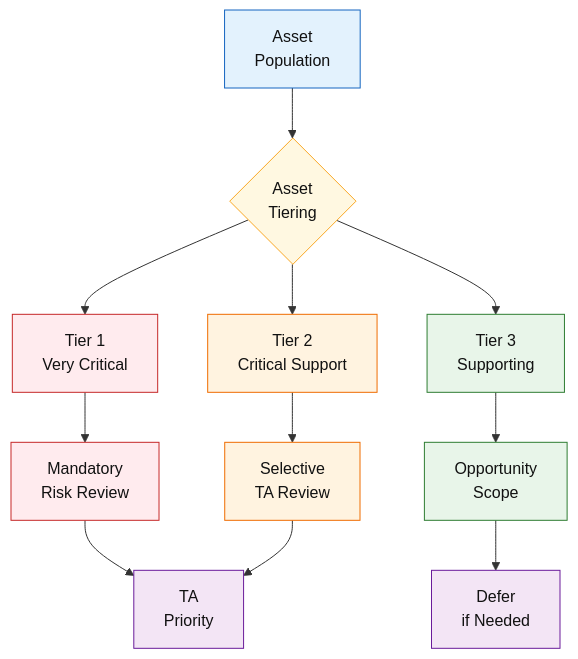
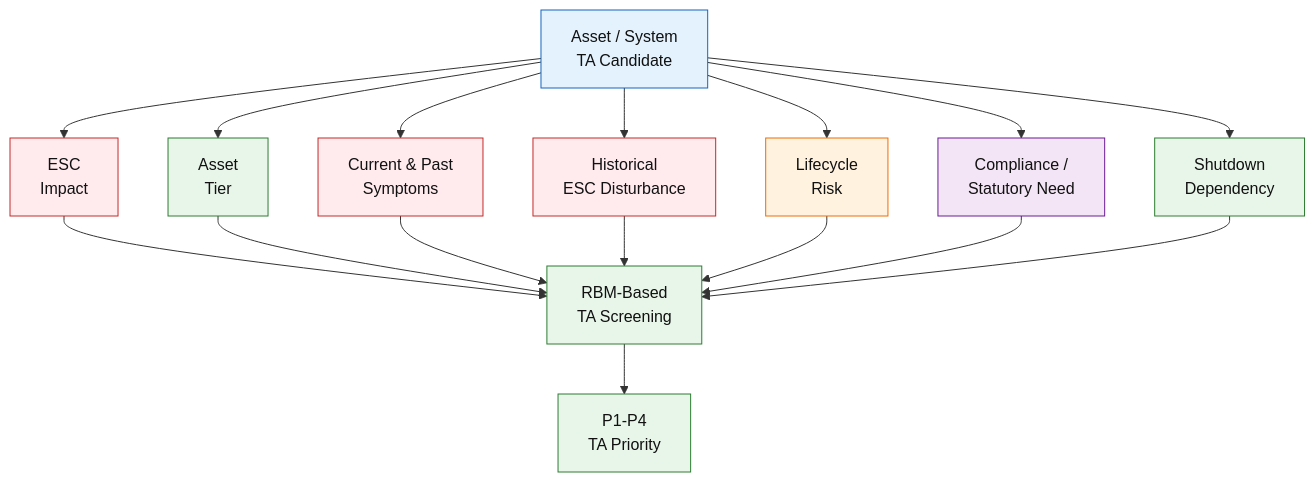
One commit to slametsampon/mx-core changed the third of 4 diagrams in plugins/mx-core-docs/src/content/blog/management/MSH/MSH-panduan-scope-ta.mdx. Above: the diagram before and after it, drawn with Mermaid. The commit also changed other lines of this file and 2 other files, not shown here.

Commit message:
mx-core-docs: update MSH-panduan-scope-ta

````diff
--- a/plugins/mx-core-docs/src/content/blog/management/MSH/MSH-panduan-scope-ta.mdx
+++ b/plugins/mx-core-docs/src/content/blog/management/MSH/MSH-panduan-scope-ta.mdx
@@ -185,30 +187,32 @@
-```mermaid id="asset-tier-ta-mobile"
+```mermaid
 flowchart TD
-    A["Asset<br/>Population"] --> B{"Asset<br/>Tiering"}
+    A["Asset / System<br/>TA Candidate"] --> B["ESC<br/>Impact"]
+    A --> C["Asset<br/>Tier"]
+    A --> D["Current & Past<br/>Symptoms"]
+    A --> E["Historical<br/>ESC Disturbance"]
+    A --> F["Lifecycle<br/>Risk"]
+    A --> G["Compliance /<br/>Statutory Need"]
+    A --> H["Shutdown<br/>Dependency"]
 
-    B --> C["Tier 1<br/>Very Critical"]
-    B --> D["Tier 2<br/>Critical Support"]
-    B --> E["Tier 3<br/>Supporting"]
+    B --> I["RBM-Based<br/>TA Screening"]
+    C --> I
+    D --> I
+    E --> I
+    F --> I
+    G --> I
+    H --> I
 
-    C --> F["Mandatory<br/>Risk Review"]
-    D --> G["Selective<br/>TA Review"]
-    E --> H["Opportunity<br/>Scope"]
-
-    F --> I["TA<br/>Priority"]
-    G --> I
-    H --> J["Defer<br/>if Needed"]
+    I --> J["P1-P4<br/>TA Priority"]
 
     classDef asset fill:#E3F2FD,stroke:#1565C0,color:#111;
-    classDef decision fill:#FFF8E1,stroke:#F9A825,color:#111;
-    classDef tier1 fill:#FFEBEE,stroke:#C62828,color:#111;
-    classDef tier2 fill:#FFF3E0,stroke:#EF6C00,color:#111;
-    classDef tier3 fill:#E8F5E9,stroke:#2E7D32,color:#111;
-    classDef output fill:#F3E5F5,stroke:#6A1B9A,color:#111;
+    classDef risk fill:#FFEBEE,stroke:#C62828,color:#111;
+    classDef lifecycle fill:#FFF3E0,stroke:#EF6C00,color:#111;
+    classDef compliance fill:#F3E5F5,stroke:#6A1B9A,color:#111;
+    classDef decision fill:#E8F5E9,stroke:#2E7D32,color:#111;
 
     class A asset;
-    class B decision;
-    class C,F tier1;
-    class D,G tier2;
-    class E,H tier3;
-    class I,J output;
+    class B,D,E risk;
+    class F lifecycle;
+    class G compliance;
+    class C,H,I,J decision;
 ```
````
